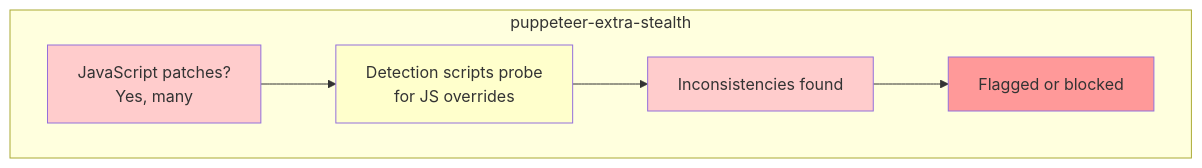
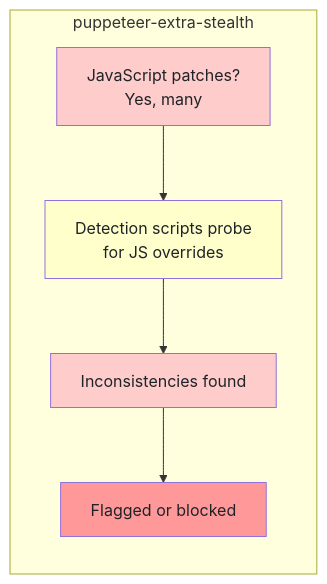
Before and after one commit to bytetunnels/bytetunnels.github.com: the sixth of 6 diagrams in _posts/2026-02-15-camoufox-with-javascript-browser-automation-without-detection.md, drawn with Mermaid. The commit also changed other lines of this file and 118 other files, not shown here.

Commit message:
feat: improve diagram styling and compact wide flowcharts

````diff
--- a/_posts/2026-02-15-camoufox-with-javascript-browser-automation-without-detection.md
+++ b/_posts/2026-02-15-camoufox-with-javascript-browser-automation-without-detection.md
@@ -515,13 +522,14 @@
 ```mermaid
 graph TD
     subgraph "puppeteer-extra-stealth"
-        E["JavaScript patches?<br>Yes, many"] --> F["Detection scripts probe<br>for JS overrides"]
+        direction TB
+        E["JavaScript patches?<br/>Yes, many"] --> F["Detection scripts probe<br/>for JS overrides"]
         F --> G["Inconsistencies found"]
         G --> H["Flagged or blocked"]
     end
 
-    style E fill:#ffcccc
-    style F fill:#ffffcc
-    style G fill:#ffcccc
-    style H fill:#ff9999
+    style E fill:#ffcccc,color:#1f2328
+    style F fill:#ffffcc,color:#1f2328
+    style G fill:#ffcccc,color:#1f2328
+    style H fill:#ff9999,color:#1f2328
 ```
````
